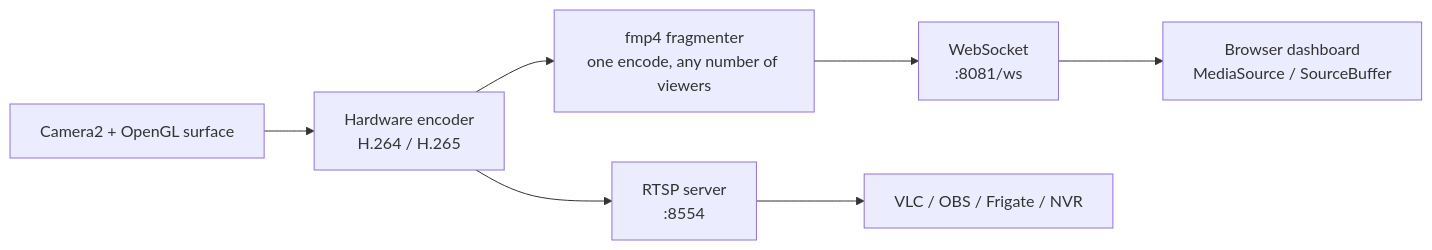
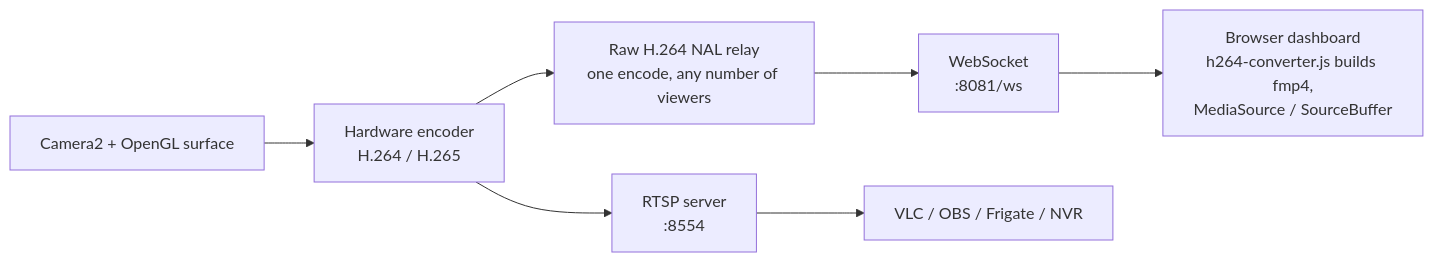
The diagram in README.md (fecloud/RTSP-CCTV-App), drawn with Mermaid before and after one commit. The commit also changed other lines of this file and 7 other files, not shown here.

First line of the commit message:
Rework MSE preview to relay raw NALs, mux fmp4 client-side (ws-scrcpy architecture)

````diff
--- a/README.md
+++ b/README.md
@@ -79,11 +79,11 @@
 ```mermaid
 flowchart LR
     CAM[Camera2 + OpenGL surface] --> ENC[Hardware encoder<br/>H.264 / H.265]
     ENC --> RTSP[RTSP server<br/>:8554]
-    ENC --> FMP4[fmp4 fragmenter<br/>one encode, any number of viewers]
+    ENC --> RELAY[Raw H.264 NAL relay<br/>one encode, any number of viewers]
 
-    FMP4 --> WS[WebSocket<br/>:8081/ws]
+    RELAY --> WS[WebSocket<br/>:8081/ws]
 
     RTSP --> NVR[VLC / OBS / Frigate / NVR]
-    WS --> BROWSER[Browser dashboard<br/>MediaSource / SourceBuffer]
+    WS --> BROWSER[Browser dashboard<br/>h264-converter.js builds fmp4,<br/>MediaSource / SourceBuffer]
 ```
````
